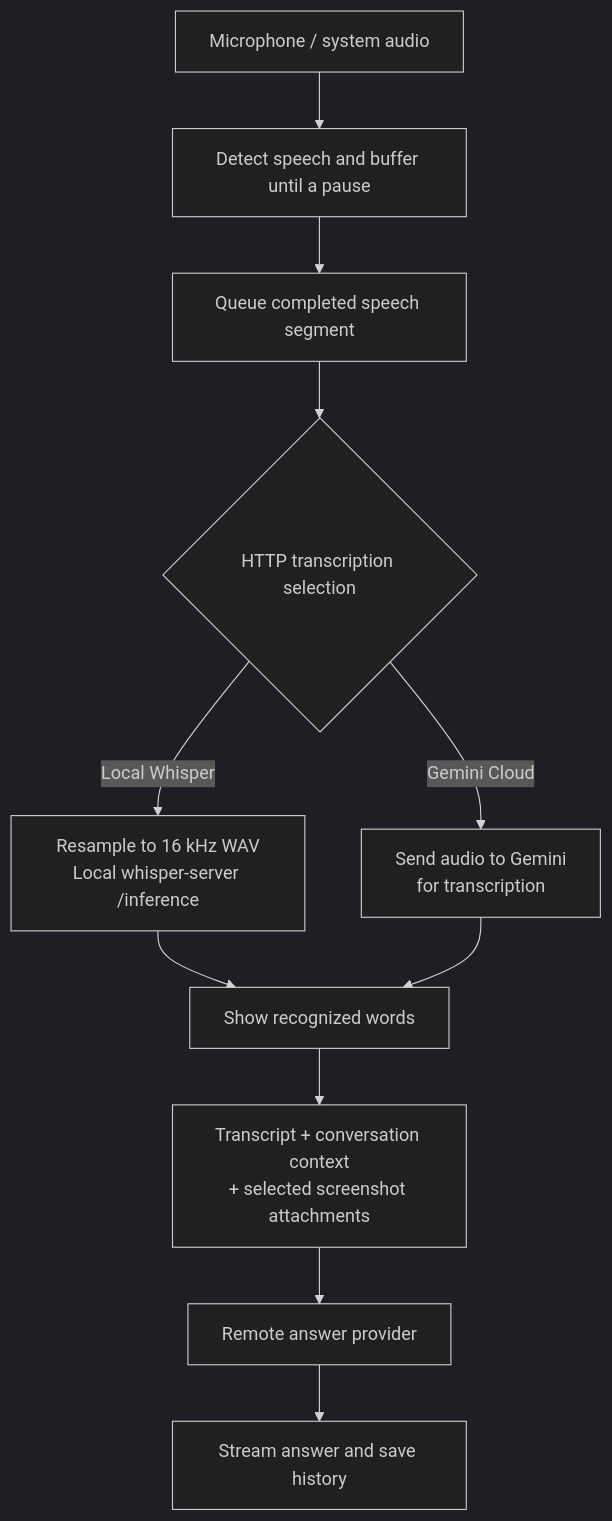
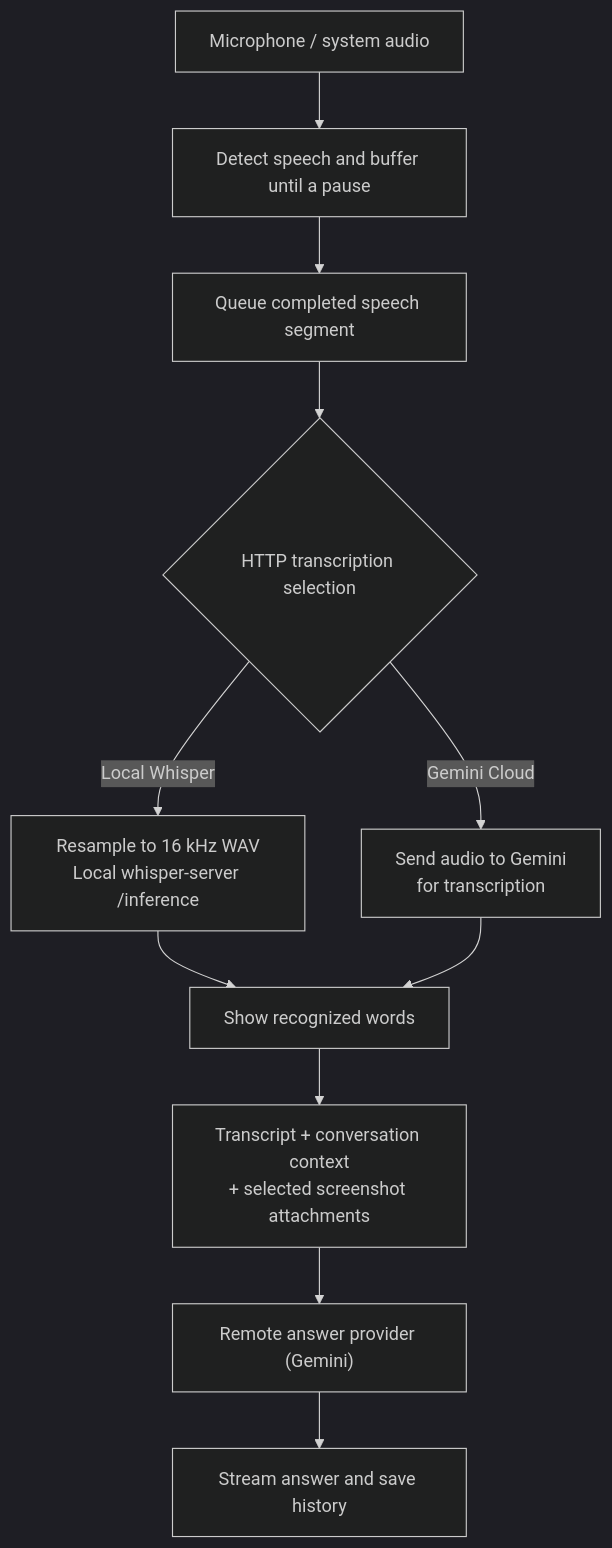
The diagram in README.md (phillippree/preechak-ai), drawn with Mermaid (dark theme) before and after one commit. The commit also changed other lines of this file and 4 other files, not shown here.

````diff
--- a/README.md
+++ b/README.md
@@ -63,13 +60,13 @@
 ```mermaid
 flowchart TD
     A["Microphone / system audio"] --> B["Detect speech and buffer until a pause"]
     B --> C["Queue completed speech segment"]
     C --> D{"HTTP transcription selection"}
     D -->|Local Whisper| E["Resample to 16 kHz WAV<br/>Local whisper-server /inference"]
     D -->|Gemini Cloud| F["Send audio to Gemini<br/>for transcription"]
     E --> G["Show recognized words"]
     F --> G
     G --> H["Transcript + conversation context<br/>+ selected screenshot attachments"]
-    H --> I["Remote answer provider"]
+    H --> I["Remote answer provider (Gemini)"]
     I --> J["Stream answer and save history"]
 ```
````
